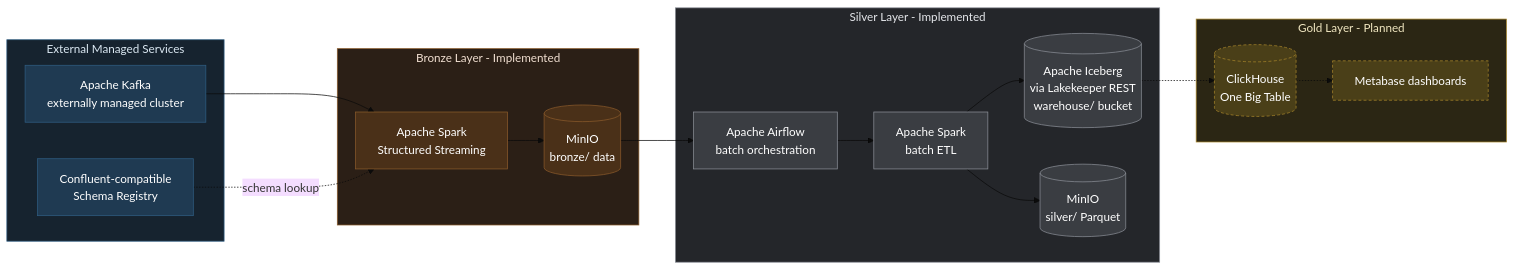
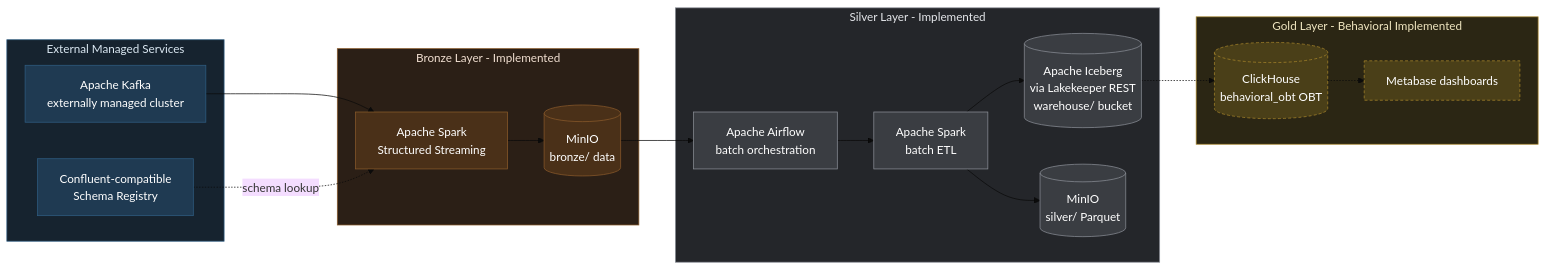
The first of 5 diagrams in README.md (amirgr80/Modern_Data_Analytics_Platform), drawn with Mermaid (base theme) before and after one commit. The commit also changed other lines of this file and 11 other files, not shown here.

Commit message:
Implements Behavioral Gold ETL to ClickHouse

````diff
--- a/README.md
+++ b/README.md
@@ -76,49 +77,49 @@
 ```mermaid
 flowchart LR
     subgraph EXT[External Managed Services]
         KAFKA["Apache Kafka<br/>externally managed cluster"]
         SR["Confluent-compatible<br/>Schema Registry"]
     end
 
     subgraph BRONZE[Bronze Layer - Implemented]
         SPARK["Apache Spark<br/>Structured Streaming"]
         MINIOB[("MinIO<br/>bronze/ data")]
     end
 
     subgraph SILVER[Silver Layer - Implemented]
         AIRFLOW["Apache Airflow<br/>batch orchestration"]
         SPARKB["Apache Spark<br/>batch ETL"]
         ICEBERG[("Apache Iceberg<br/>via Lakekeeper REST<br/>warehouse/ bucket")]
         MINIOS[("MinIO<br/>silver/ Parquet")]
     end
 
-    subgraph GOLD[Gold Layer - Planned]
-        CH[("ClickHouse<br/>One Big Table")]
+    subgraph GOLD[Gold Layer - Behavioral Implemented]
+        CH[("ClickHouse<br/>behavioral_obt OBT")]
         MB["Metabase dashboards"]
     end
 
     KAFKA --> SPARK
     SR -.->|schema lookup| SPARK
     SPARK --> MINIOB
     MINIOB --> AIRFLOW
     AIRFLOW --> SPARKB
     SPARKB --> ICEBERG
     SPARKB --> MINIOS
     ICEBERG -.-> CH
     CH -.-> MB
 
     classDef external fill:#1f3a52,stroke:#2f5d82,color:#ffffff
     classDef bronzeNode fill:#4a3018,stroke:#8a5a2b,color:#ffffff
     classDef silverNode fill:#3a3d42,stroke:#8b8f97,color:#ffffff
     classDef goldNode fill:#4a3f18,stroke:#a8862c,color:#ffffff,stroke-dasharray: 4 3
 
     class KAFKA,SR external
     class SPARK,MINIOB bronzeNode
     class AIRFLOW,SPARKB,ICEBERG,MINIOS silverNode
     class CH,MB goldNode
 
     style EXT fill:#16232f,stroke:#2f5d82,color:#dbe8f2
     style BRONZE fill:#2b1f16,stroke:#8a5a2b,color:#f0ded0
     style SILVER fill:#24262a,stroke:#8b8f97,color:#e4e6ea
     style GOLD fill:#2b2614,stroke:#a8862c,color:#f0e6c0
 ```
````
